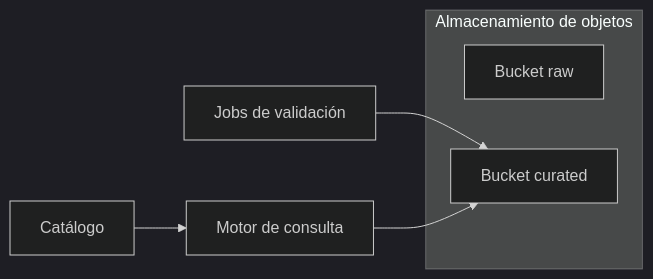
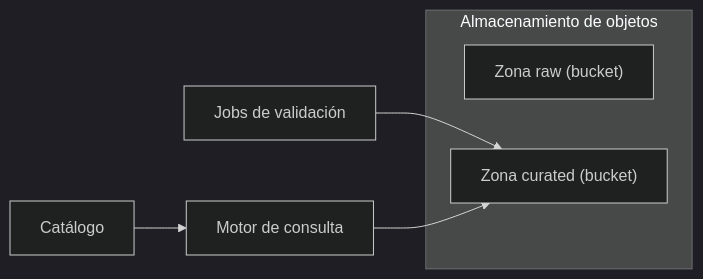
The third of 3 diagrams in content/architectures/data-lake-architecture.md (fcp4891/de-knowledge-hub), drawn with Mermaid (dark theme) before and after one commit. The commit also changed other lines of this file and 13 other files, not shown here.

````diff
--- a/content/architectures/data-lake-architecture.md
+++ b/content/architectures/data-lake-architecture.md
@@ -135,10 +140,10 @@
 ```mermaid
 flowchart LR
   subgraph S["Almacenamiento de objetos"]
-    R["Bucket raw"]
-    C["Bucket curated"]
+    R["Zona raw (bucket)"]
+    C["Zona curated (bucket)"]
   end
   J["Jobs de validación"] --> C
   K["Catálogo"] --> E["Motor de consulta"]
   E --> C
 ```
````
